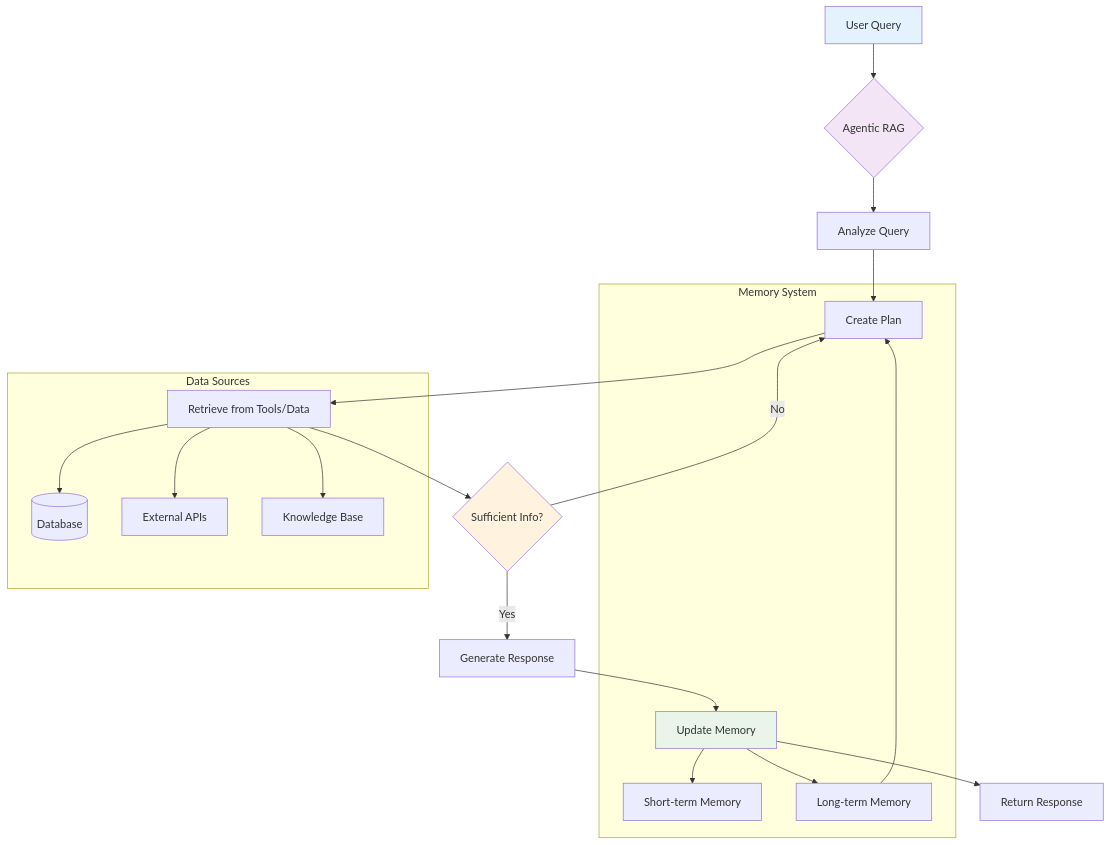
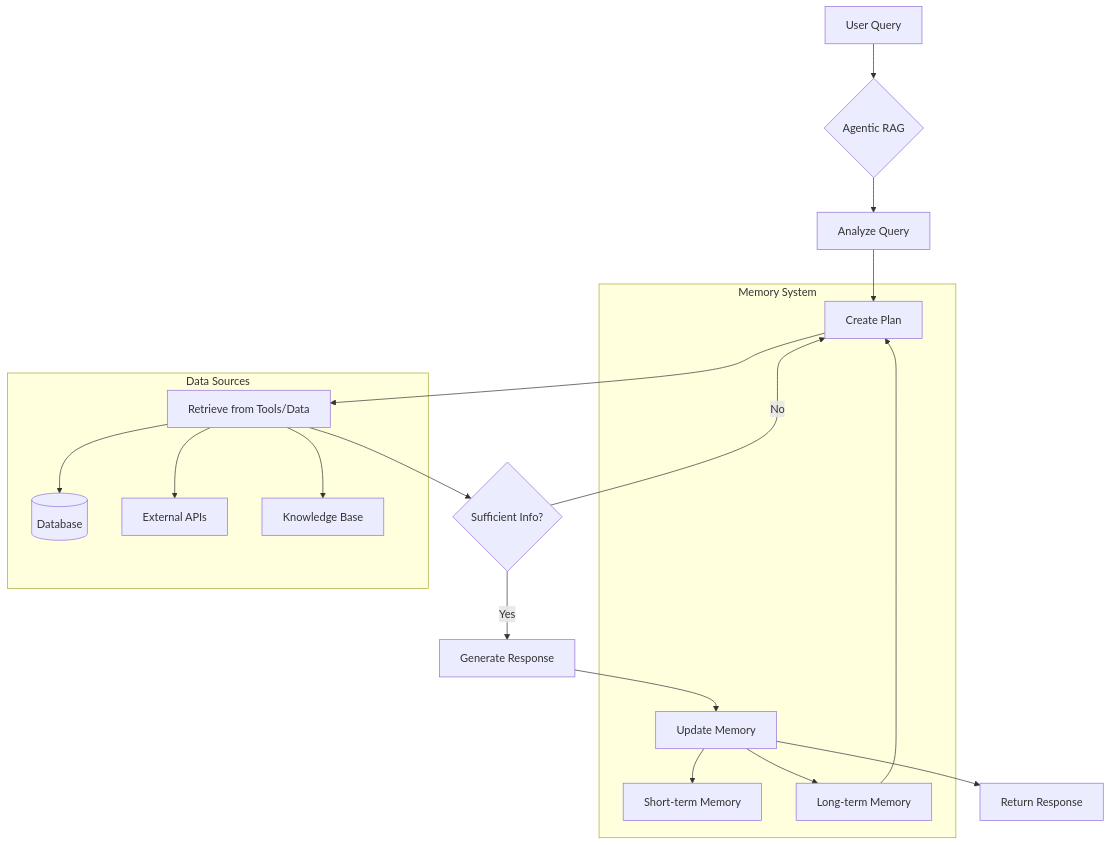
One commit to micromastery/micromastery.github.io changed the second of 5 diagrams in _posts/2025-07-19-understanding-agentic-ai.md. Above: the diagram before and after it, drawn with Mermaid. The commit also changed other lines of this file, not shown here.

Commit message:
Remove unnecessary style definitions from AI agents blog post diagrams

````diff
--- a/_posts/2025-07-19-understanding-agentic-ai.md
+++ b/_posts/2025-07-19-understanding-agentic-ai.md
@@ -90,29 +85,24 @@
 ```mermaid
 flowchart TD
     Q[User Query] --> AR{Agentic RAG}
     AR --> A[Analyze Query]
     A --> P[Create Plan]
     P --> RT[Retrieve from Tools/Data]
     RT --> V{Sufficient Info?}
     V -->|No| P
     V -->|Yes| G[Generate Response]
     G --> M[Update Memory]
     M --> R[Return Response]
     
     subgraph "Memory System"
         M --> STM[Short-term Memory]
         M --> LTM[Long-term Memory]
         LTM --> P
     end
     
     subgraph "Data Sources"
         RT --> DB[(Database)]
         RT --> API[External APIs]
         RT --> KB[Knowledge Base]
     end
-    
-    style Q fill:#e3f2fd
-    style AR fill:#f3e5f5
-    style V fill:#fff3e0
-    style M fill:#e8f5e8
 ```
````
